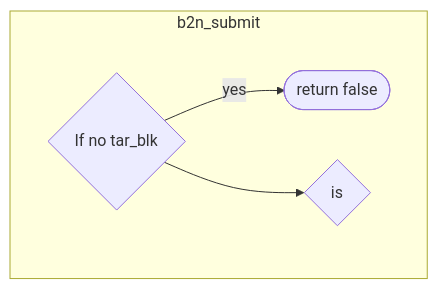
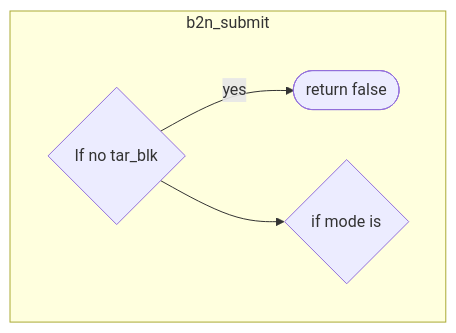
One commit to jenny112646/iodraw-files changed the diagram in all/未命名-2.md. Above: the diagram before and after it, drawn with Mermaid.

Commit message:
2024-06-07 10:49:57 update

````diff
--- a/all/未命名-2.md
+++ b/all/未命名-2.md
@@ -1,7 +1,7 @@
 ```mermaid
 flowchart TD
 subgraph b2n_submit
     c1{"If no tar_blk"} --yes--> c2([return false])
-    c1 --> c3{is}
+    c1 --> c3{if mode is}
 end
 ```
````
